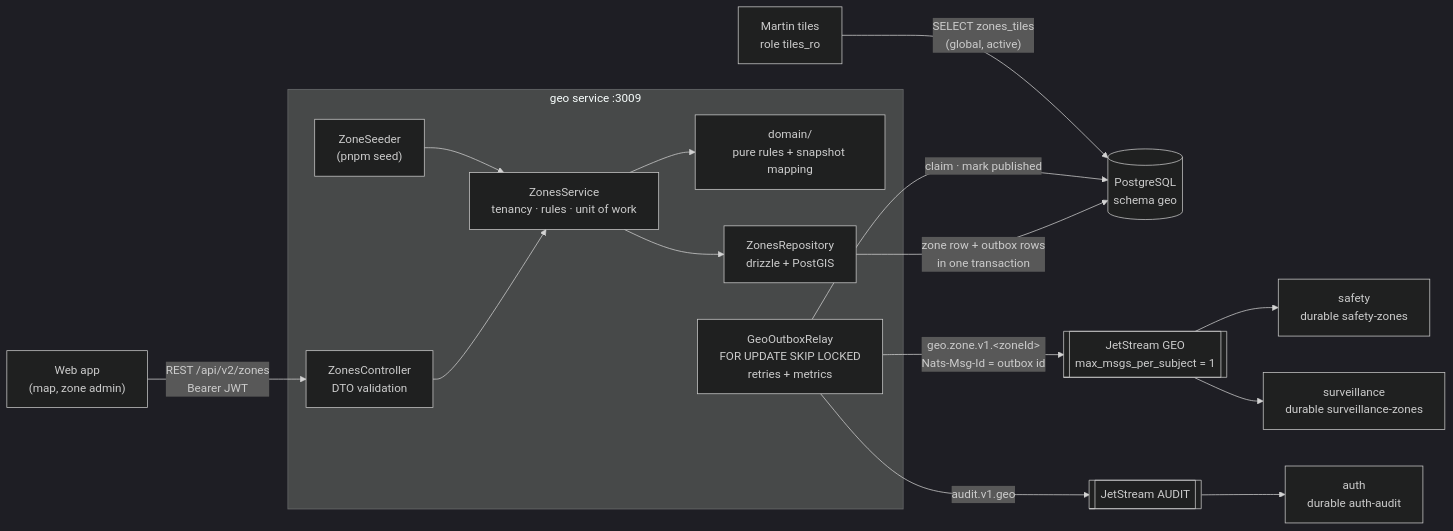
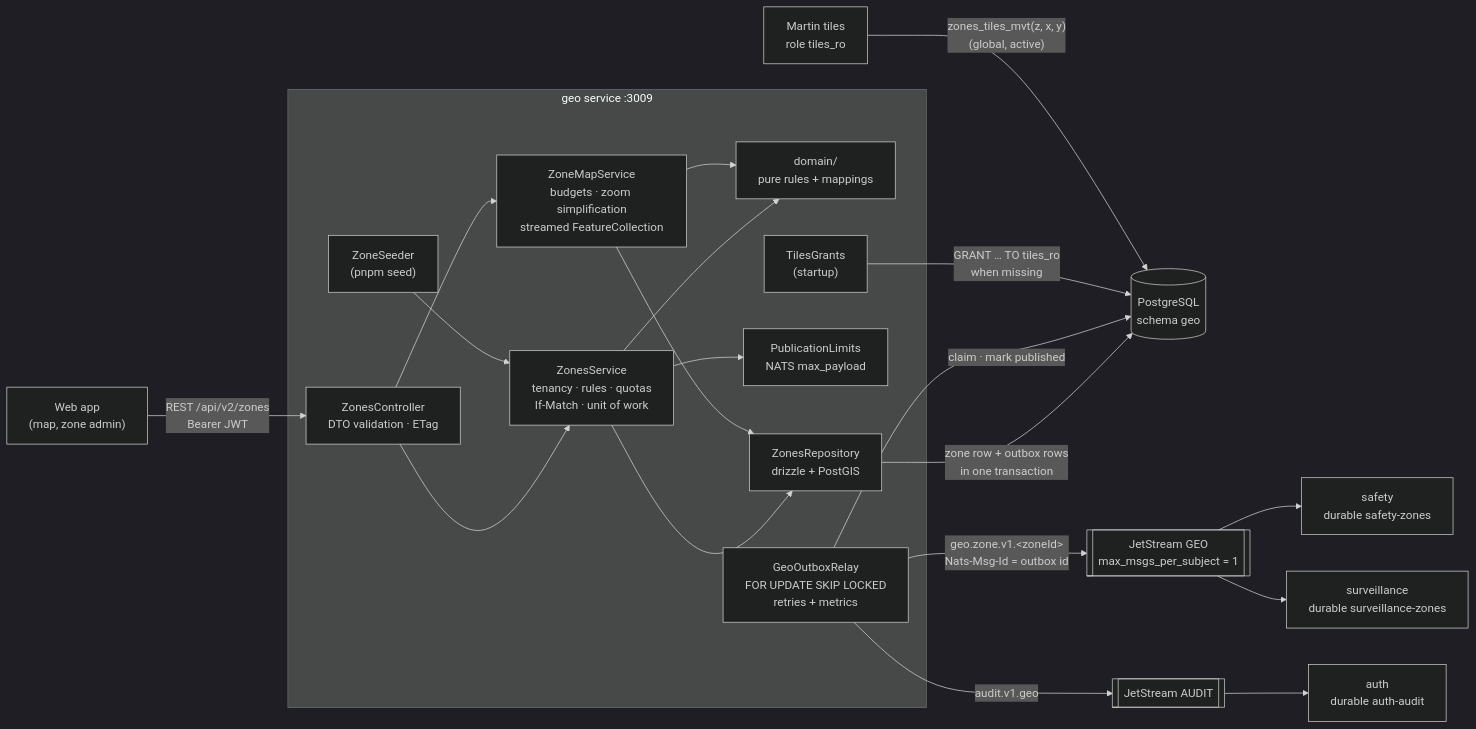
One commit to DarmawanWeb/ais-its-geo-service changed the diagram in README.md. Above: the diagram before and after it, drawn with Mermaid (dark theme). The commit also changed other lines of this file and 44 other files, not shown here.

````diff
--- a/README.md
+++ b/README.md
@@ -39,19 +45,25 @@
 ```mermaid
 flowchart LR
   web["Web app<br/>(map, zone admin)"] -->|"REST /api/v2/zones<br/>Bearer JWT"| ctl
   subgraph geo["geo service :3009"]
-    ctl["ZonesController<br/>DTO validation"] --> svc["ZonesService<br/>tenancy · rules · unit of work"]
+    ctl["ZonesController<br/>DTO validation · ETag"] --> svc["ZonesService<br/>tenancy · rules · quotas<br/>If-Match · unit of work"]
+    ctl --> map["ZoneMapService<br/>budgets · zoom simplification<br/>streamed FeatureCollection"]
     seeder["ZoneSeeder<br/>(pnpm seed)"] --> svc
-    svc --> dom["domain/<br/>pure rules + snapshot mapping"]
+    svc --> dom["domain/<br/>pure rules + mappings"]
+    map --> dom
     svc --> repo["ZonesRepository<br/>drizzle + PostGIS"]
+    map --> repo
+    svc --> limits["PublicationLimits<br/>NATS max_payload"]
     relay["GeoOutboxRelay<br/>FOR UPDATE SKIP LOCKED<br/>retries + metrics"]
+    grants["TilesGrants<br/>(startup)"]
   end
   repo -->|"zone row + outbox rows<br/>in one transaction"| pg[("PostgreSQL<br/>schema geo")]
   relay -->|"claim · mark published"| pg
   relay -->|"geo.zone.v1.&lt;zoneId&gt;<br/>Nats-Msg-Id = outbox id"| GEO[["JetStream GEO<br/>max_msgs_per_subject = 1"]]
   relay -->|"audit.v1.geo"| AUDIT[["JetStream AUDIT"]]
   GEO --> safety["safety<br/>durable safety-zones"]
   GEO --> surveillance["surveillance<br/>durable surveillance-zones"]
   AUDIT --> auth["auth<br/>durable auth-audit"]
-  martin["Martin tiles<br/>role tiles_ro"] -->|"SELECT zones_tiles<br/>(global, active)"| pg
+  grants -->|"GRANT … TO tiles_ro<br/>when missing"| pg
+  martin["Martin tiles<br/>role tiles_ro"] -->|"zones_tiles_mvt(z, x, y)<br/>(global, active)"| pg
 ```
````
